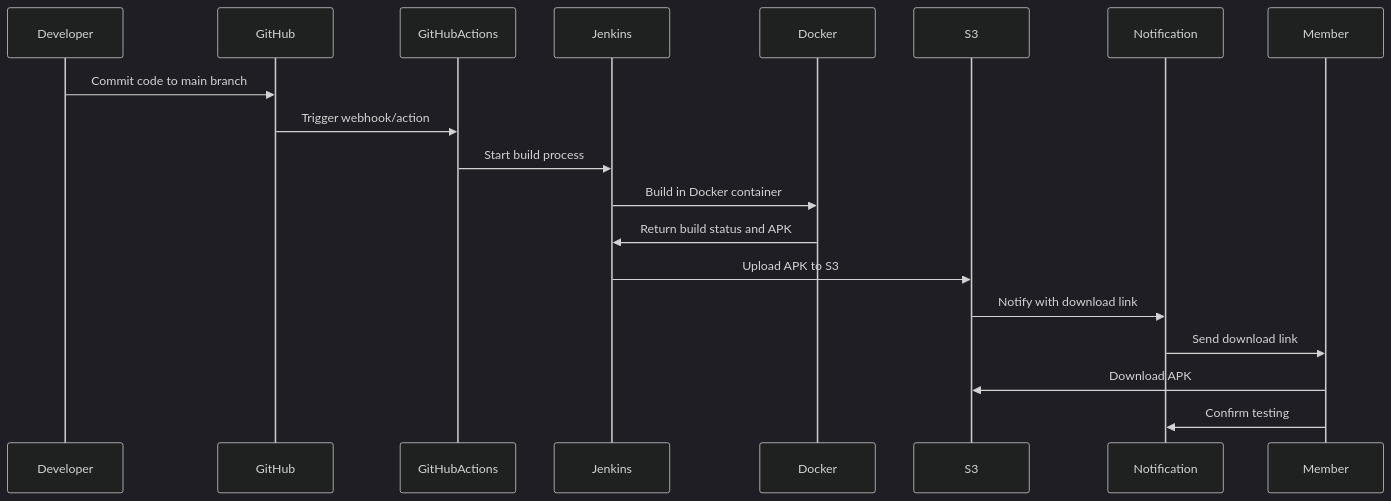
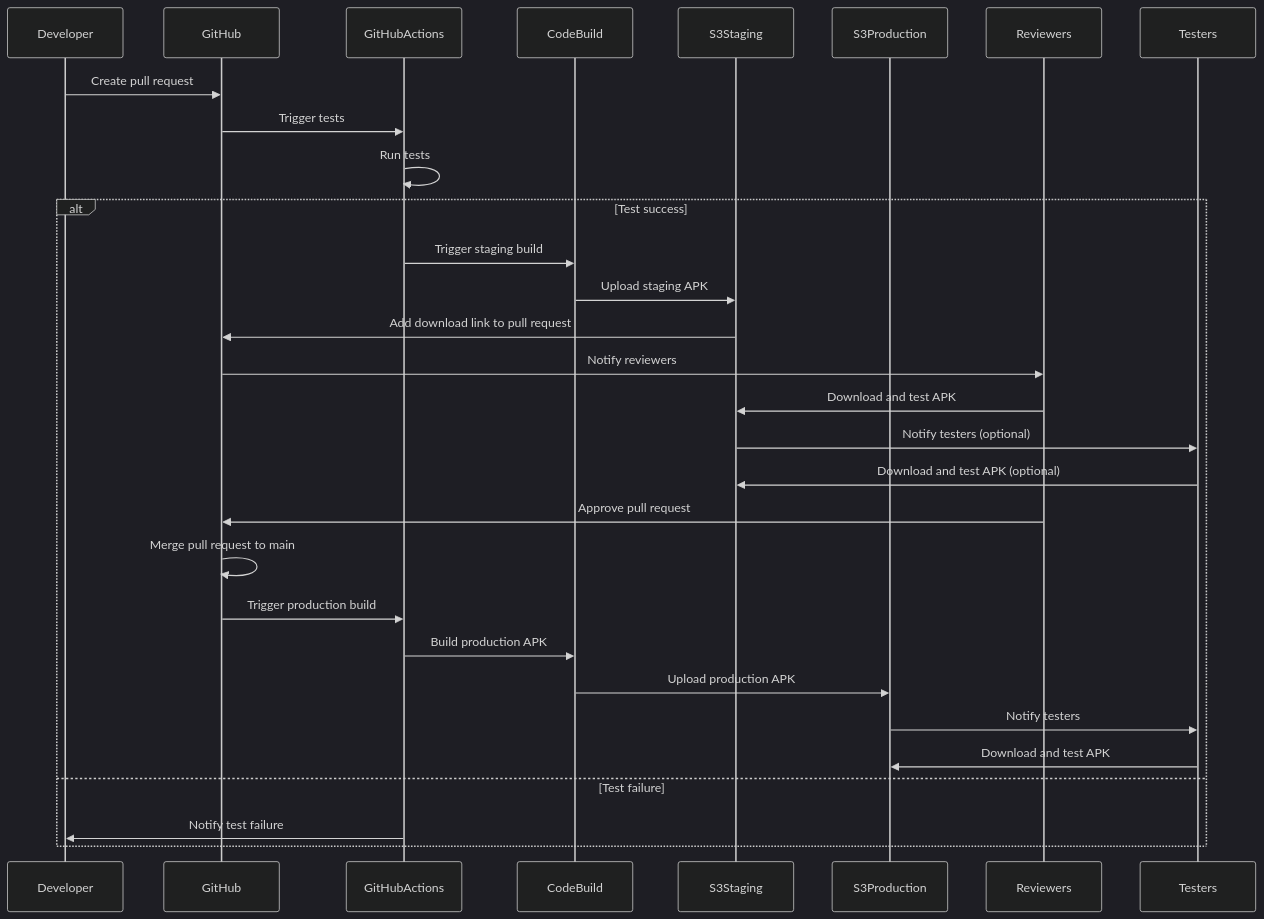
One commit to hamatz/tech_doc changed the second of 4 diagrams in android_build.md. Above: the diagram before and after it, drawn with Mermaid (dark theme). The commit also changed other lines of this file, not shown here.

````diff
--- a/android_build.md
+++ b/android_build.md
@@ -43,22 +173,33 @@
 ```mermaid
 sequenceDiagram
     participant Developer
     participant GitHub
     participant GitHubActions
-    participant Jenkins
-    participant Docker
-    participant S3
-    participant Notification
-    participant Member
+    participant CodeBuild
+    participant S3Staging
+    participant S3Production
+    participant Reviewers
+    participant Testers
     
-    Developer->>GitHub: Commit code to main branch
-    GitHub->>GitHubActions: Trigger webhook/action
-    GitHubActions->>Jenkins: Start build process
-    Jenkins->>Docker: Build in Docker container
-    Docker->>Jenkins: Return build status and APK
-    Jenkins->>S3: Upload APK to S3
-    S3->>Notification: Notify with download link
-    Notification->>Member: Send download link
-    Member->>S3: Download APK
-    Member->>Notification: Confirm testing
+    Developer->>GitHub: Create pull request
+    GitHub->>GitHubActions: Trigger tests
+    GitHubActions->>GitHubActions: Run tests
+    alt Test success
+        GitHubActions->>CodeBuild: Trigger staging build
+        CodeBuild->>S3Staging: Upload staging APK
+        S3Staging->>GitHub: Add download link to pull request
+        GitHub->>Reviewers: Notify reviewers
+        Reviewers->>S3Staging: Download and test APK
+        S3Staging->>Testers: Notify testers (optional)
+        Testers->>S3Staging: Download and test APK (optional)
+        Reviewers->>GitHub: Approve pull request
+        GitHub->>GitHub: Merge pull request to main
+        GitHub->>GitHubActions: Trigger production build
+        GitHubActions->>CodeBuild: Build production APK
+        CodeBuild->>S3Production: Upload production APK
+        S3Production->>Testers: Notify testers
+        Testers->>S3Production: Download and test APK
+    else Test failure
+        GitHubActions->>Developer: Notify test failure
+    end
 ```
````
